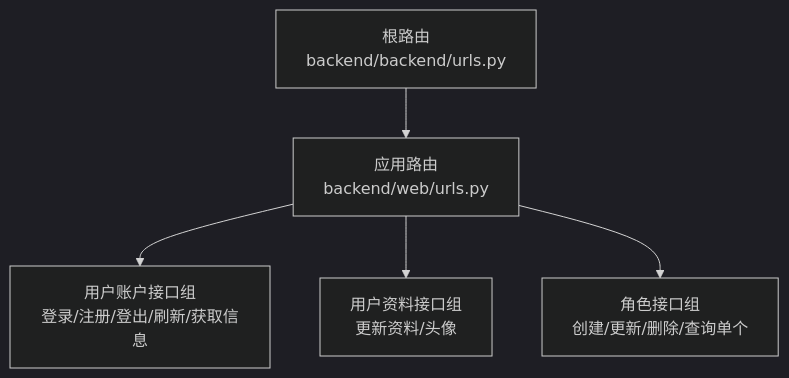
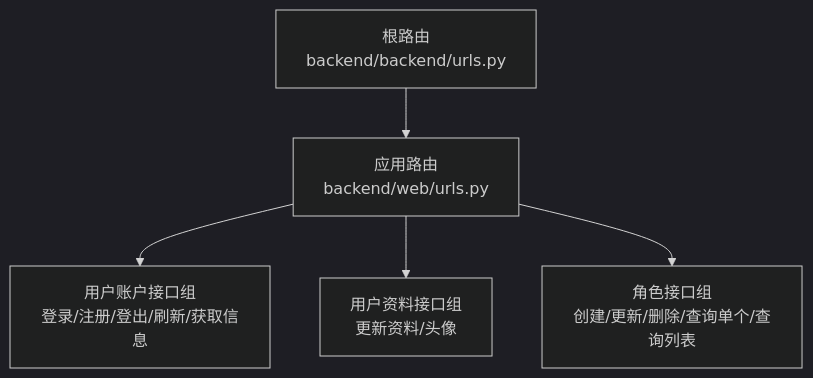
Before and after one commit to Blaipchi/LLM_AIfriends: the first of 4 diagrams in .qoder/repowiki/zh/content/API接口文档/API接口文档.md, drawn with Mermaid (dark theme). The commit also changed other lines of this file and 13 other files, not shown here.

````diff
--- a/.qoder/repowiki/zh/content/API接口文档/API接口文档.md
+++ b/.qoder/repowiki/zh/content/API接口文档/API接口文档.md
@@ -39,7 +47,7 @@
 ```mermaid
 graph TB
 RootURLs["根路由<br/>backend/backend/urls.py"] --> WebURLs["应用路由<br/>backend/web/urls.py"]
 WebURLs --> UserAccount["用户账户接口组<br/>登录/注册/登出/刷新/获取信息"]
 WebURLs --> UserProfile["用户资料接口组<br/>更新资料/头像"]
-WebURLs --> CharacterOps["角色接口组<br/>创建/更新/删除/查询单个"]
+WebURLs --> CharacterOps["角色接口组<br/>创建/更新/删除/查询单个/查询列表"]
 ```
````
